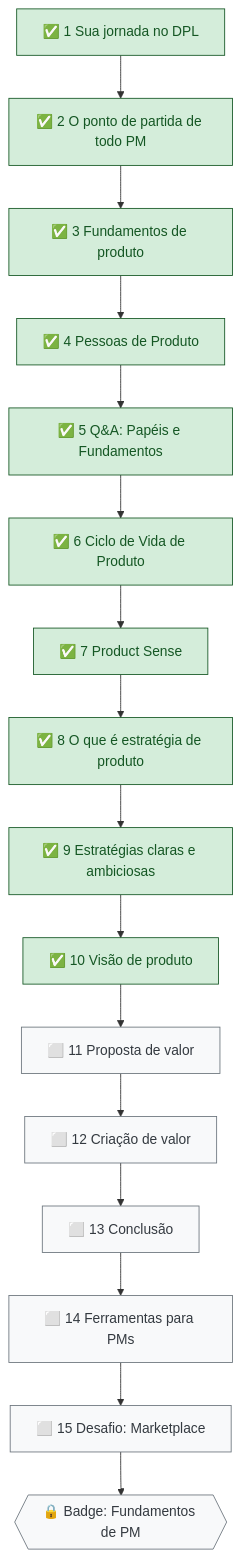
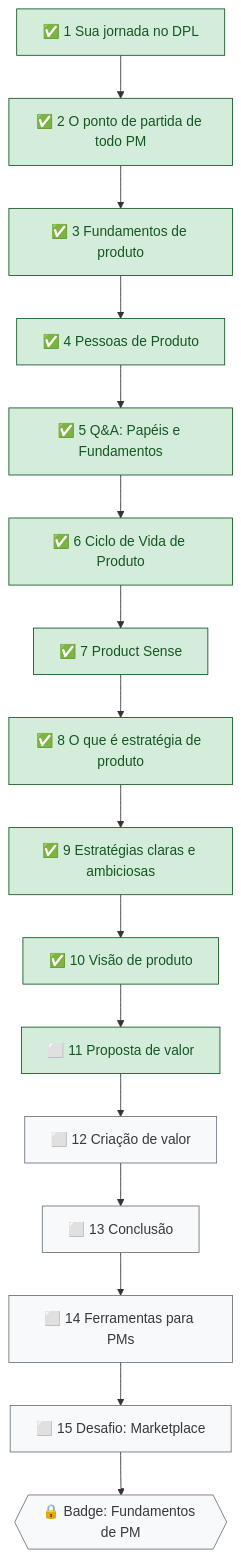
Before and after one commit to letsprown-code/po-learning-journal: the second of 2 diagrams in mapa-de-estudos.md, drawn with Mermaid. The commit also changed other lines of this file and 6 other files, not shown here.

```diff
--- a/mapa-de-estudos.md
+++ b/mapa-de-estudos.md
@@ -42,13 +42,13 @@
 ~~~mermaid
 flowchart TD
     L1["✅ 1 Sua jornada no DPL"] --> L2["✅ 2 O ponto de partida de todo PM"] --> L3["✅ 3 Fundamentos de produto"]
     L3 --> L4["✅ 4 Pessoas de Produto"] --> L5["✅ 5 Q&A: Papéis e Fundamentos"] --> L6["✅ 6 Ciclo de Vida de Produto"]
     L6 --> L7["✅ 7 Product Sense"] --> L8["✅ 8 O que é estratégia de produto"] --> L9["✅ 9 Estratégias claras e ambiciosas"]
     L9 --> L10["✅ 10 Visão de produto"] --> L11["⬜ 11 Proposta de valor"] --> L12["⬜ 12 Criação de valor"]
     L12 --> L13["⬜ 13 Conclusão"] --> L14["⬜ 14 Ferramentas para PMs"] --> L15["⬜ 15 Desafio: Marketplace"]
     L15 --> B{{"🔒 Badge: Fundamentos de PM"}}
     classDef done fill:#d4edda,stroke:#155724,color:#155724
     classDef todo fill:#f8f9fa,stroke:#6c757d,color:#343a40
-    class L1,L2,L3,L4,L5,L6,L7,L8,L9,L10 done
-    class L11,L12,L13,L14,L15,B todo
+    class L1,L2,L3,L4,L5,L6,L7,L8,L9,L10,L11 done
+    class L12,L13,L14,L15,B todo
 ~~~
```
